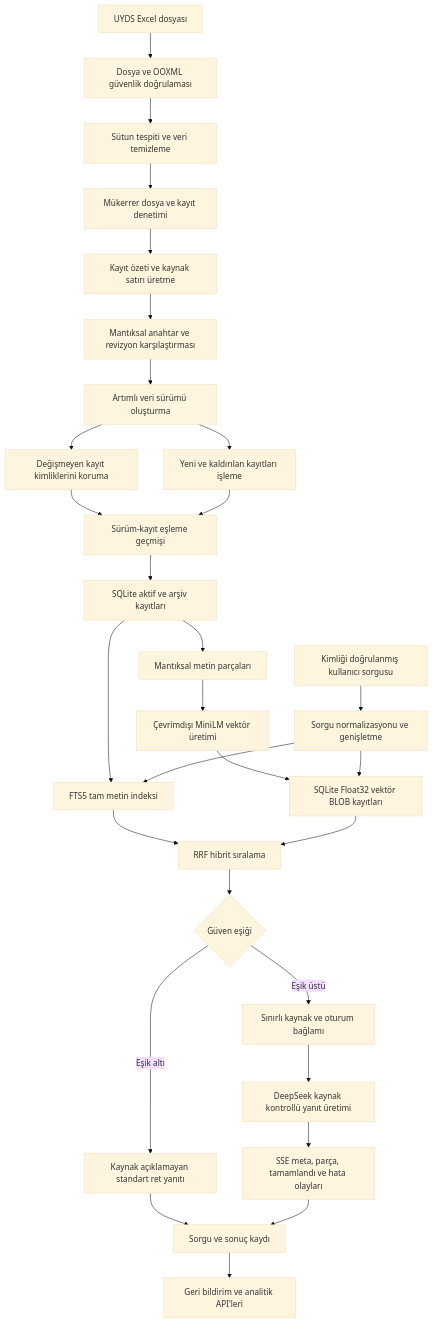
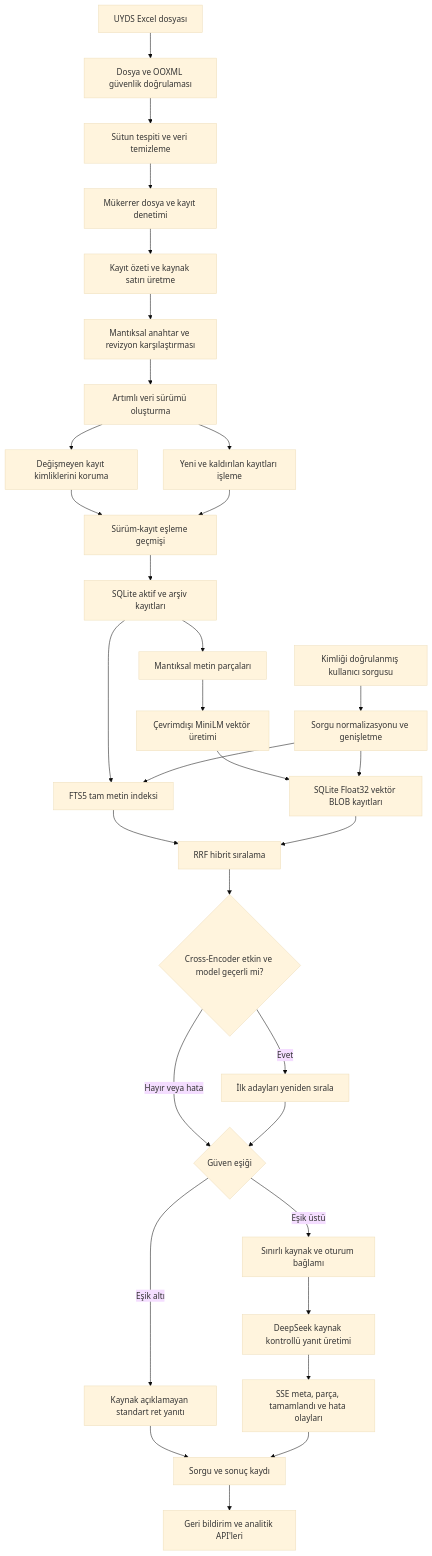
One commit to mecik-arda/UYDS-SSS-hades-bot changed the diagram in README.md. Above: the diagram before and after it, drawn with Mermaid (base theme). The commit also changed other lines of this file and 11 other files, not shown here.

First line of the commit message:
feat: Güvenli Cross-Encoder ve HTTP çerçeveleme eklendi

````diff
--- a/README.md
+++ b/README.md
@@ -152,31 +156,34 @@
 ```mermaid
 flowchart TD
     A["UYDS Excel dosyası"] --> B["Dosya ve OOXML güvenlik doğrulaması"]
     B --> C["Sütun tespiti ve veri temizleme"]
     C --> D["Mükerrer dosya ve kayıt denetimi"]
     D --> E["Kayıt özeti ve kaynak satırı üretme"]
     E --> N["Mantıksal anahtar ve revizyon karşılaştırması"]
     N --> F["Artımlı veri sürümü oluşturma"]
     F --> J["Değişmeyen kayıt kimliklerini koruma"]
     F --> K["Yeni ve kaldırılan kayıtları işleme"]
     J --> L["Sürüm-kayıt eşleme geçmişi"]
     K --> L
     L --> M["SQLite aktif ve arşiv kayıtları"]
     M --> G["Mantıksal metin parçaları"]
     M --> H["FTS5 tam metin indeksi"]
     G --> I["Çevrimdışı MiniLM vektör üretimi"]
     I --> O["SQLite Float32 vektör BLOB kayıtları"]
     P["Kimliği doğrulanmış kullanıcı sorgusu"] --> Q["Sorgu normalizasyonu ve genişletme"]
     Q --> H
     Q --> O
     H --> R["RRF hibrit sıralama"]
     O --> R
-    R --> S{"Güven eşiği"}
+    R --> Z{"Cross-Encoder etkin ve model geçerli mi?"}
+    Z -->|Evet| AA["İlk adayları yeniden sırala"]
+    Z -->|Hayır veya hata| S{"Güven eşiği"}
+    AA --> S
     S -->|Eşik altı| T["Kaynak açıklamayan standart ret yanıtı"]
     S -->|Eşik üstü| U["Sınırlı kaynak ve oturum bağlamı"]
     U --> V["DeepSeek kaynak kontrollü yanıt üretimi"]
     V --> W["SSE meta, parça, tamamlandı ve hata olayları"]
     T --> X["Sorgu ve sonuç kaydı"]
     W --> X
     X --> Y["Geri bildirim ve analitik API'leri"]
 ```
````
